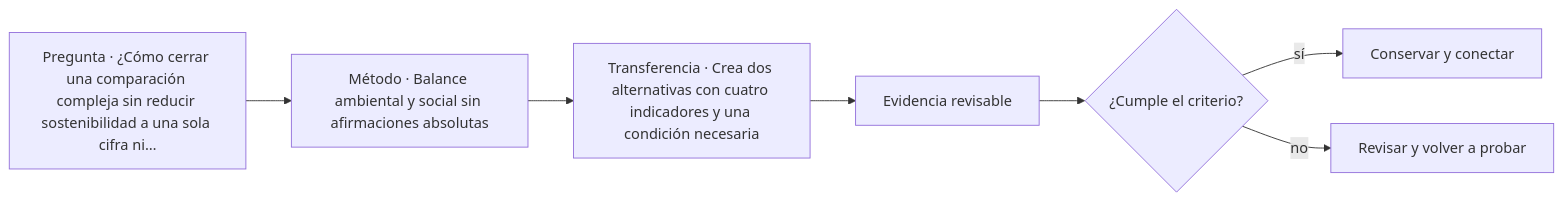
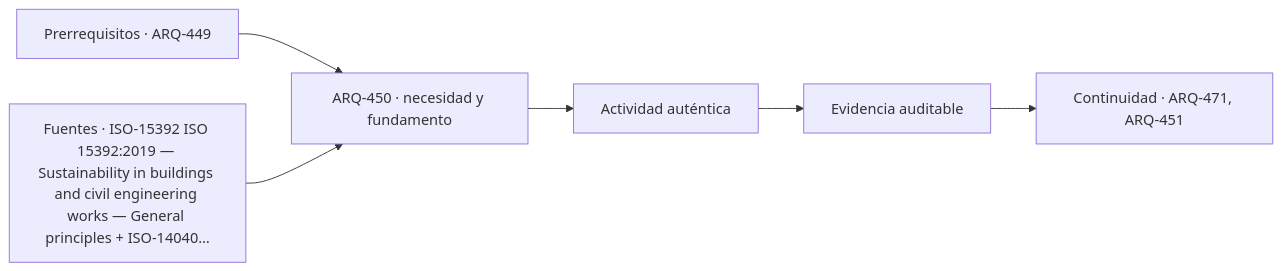
Before and after one commit to vladimiracunadev-create/architecture-built-environment-learning-program: the diagram in classes/parte-45/ARQ-450.md, drawn with Mermaid. The commit also changed other lines of this file and 761 other files, not shown here.

````diff
--- a/classes/parte-45/ARQ-450.md
+++ b/classes/parte-45/ARQ-450.md
@@ -75,9 +87,8 @@
 ```mermaid
 flowchart LR
-    Q["Pregunta · ¿Cómo cerrar una comparación compleja sin reducir sostenibilidad a una sola cifra ni…"] --> M["Método · Balance ambiental y social sin afirmaciones absolutas"]
-    M --> P["Transferencia · Crea dos alternativas con cuatro indicadores y una condición necesaria"]
-    P --> E["Evidencia revisable"]
-    E --> C{"¿Cumple el criterio?"}
-    C -->|sí| T["Conservar y conectar"]
-    C -->|no| R["Revisar y volver a probar"]
+    A["Prerrequisitos · ARQ-449"] --> B["ARQ-450 · necesidad y fundamento"]
+    S["Fuentes · ISO-15392 ISO 15392:2019 — Sustainability in buildings and civil engineering works — General principles + ISO-14040…"] --> B
+    B --> C["Actividad auténtica"]
+    C --> D["Evidencia auditable"]
+    D --> E["Continuidad · ARQ-471, ARQ-451"]
 ```
````
